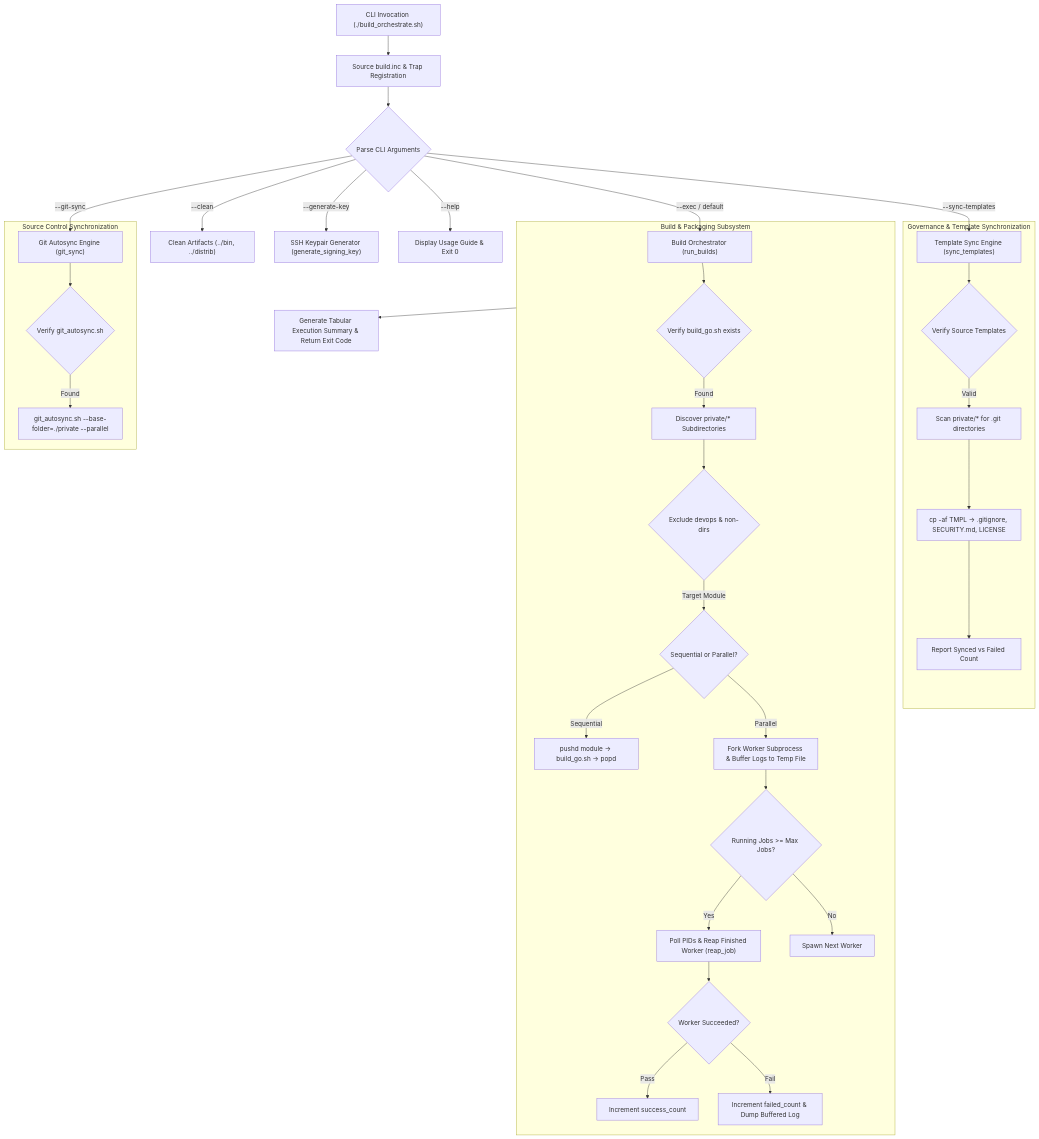
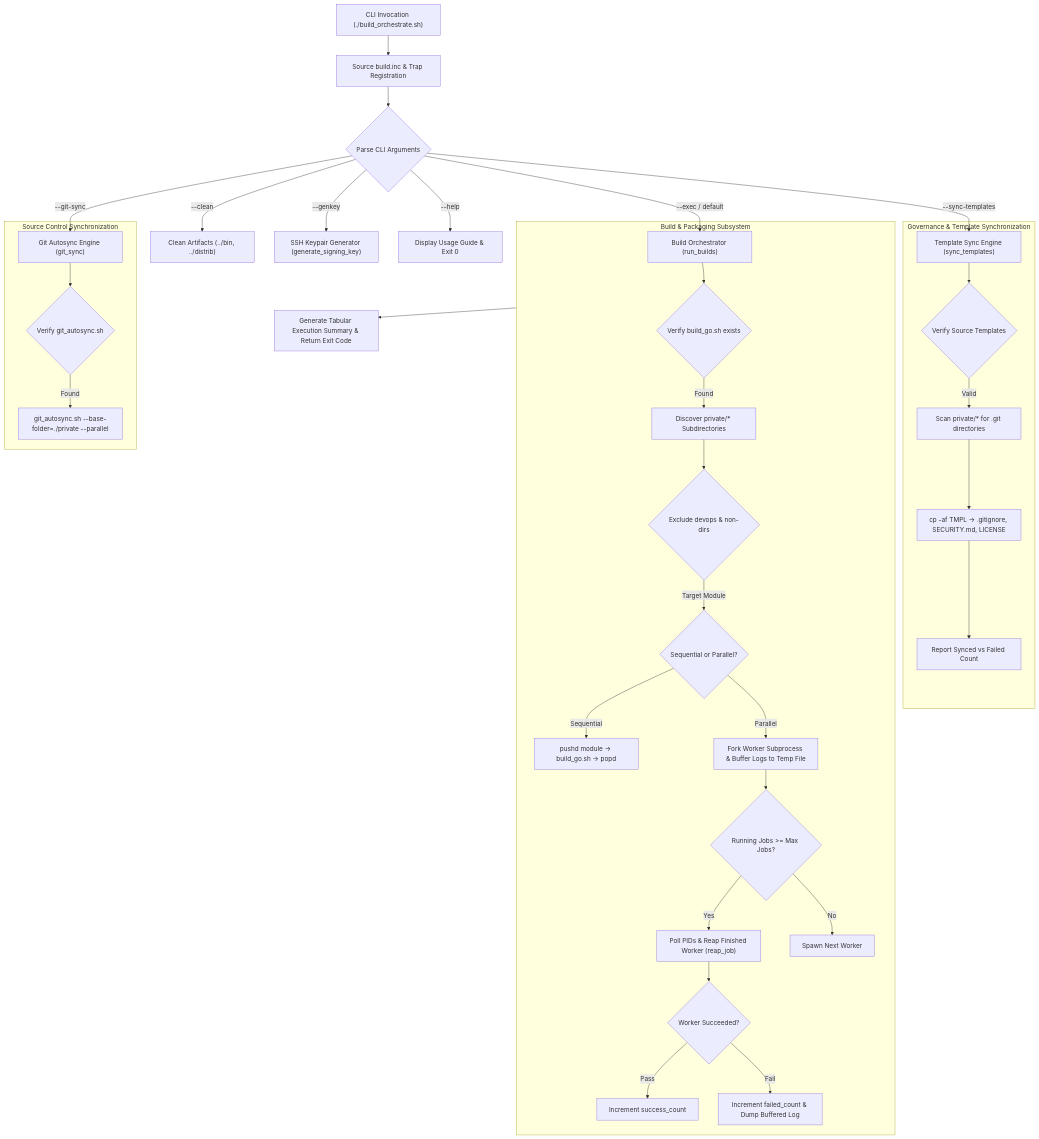
The first of 3 diagrams in build_tasks/build_orchestrate_README.md (edsilegxrepo/devops), drawn with Mermaid before and after one commit. The commit also changed other lines of this file and 5 other files, not shown here.

````diff
--- a/build_tasks/build_orchestrate_README.md
+++ b/build_tasks/build_orchestrate_README.md
@@ -49,43 +49,43 @@
 ```mermaid
 graph TD
     CLI["CLI Invocation (./build_orchestrate.sh)"] --> Sourcing["Source build.inc & Trap Registration"]
     Sourcing --> Parser{"Parse CLI Arguments"}
     
     Parser -->|--clean| CleanEngine["Clean Artifacts (../bin, ../distrib)"]
-    Parser -->|--generate-key| KeyGen["SSH Keypair Generator (generate_signing_key)"]
+    Parser -->|--genkey| KeyGen["SSH Keypair Generator (generate_signing_key)"]
     Parser -->|--sync-templates| SyncEngine["Template Sync Engine (sync_templates)"]
     Parser -->|--git-sync| GitEngine["Git Autosync Engine (git_sync)"]
     Parser -->|--exec / default| BuildEngine["Build Orchestrator (run_builds)"]
     Parser -->|--help| Help["Display Usage Guide & Exit 0"]
 
     subgraph SyncSubsystem ["Governance & Template Synchronization"]
         SyncEngine --> VerifyTmpl{"Verify Source Templates"}
         VerifyTmpl -->|Valid| ScanGit["Scan private/* for .git directories"]
         ScanGit --> Propagate["cp -af TMPL -> .gitignore, SECURITY.md, LICENSE"]
         Propagate --> SyncReport["Report Synced vs Failed Count"]
     end
 
     subgraph BuildSubsystem ["Build & Packaging Subsystem"]
         BuildEngine --> CheckCompiler{"Verify build_go.sh exists"}
         CheckCompiler -->|Found| LoopRepos["Discover private/* Subdirectories"]
         LoopRepos --> FilterExcludes{"Exclude devops & non-dirs"}
         FilterExcludes -->|Target Module| Workpool{"Sequential or Parallel?"}
         
         Workpool -->|Sequential| ExecSeq["pushd module -> build_go.sh -> popd"]
         Workpool -->|Parallel| ExecParallel["Fork Worker Subprocess & Buffer Logs to Temp File"]
         
         ExecParallel --> Throttle{"Running Jobs >= Max Jobs?"}
         Throttle -->|Yes| Reap["Poll PIDs & Reap Finished Worker (reap_job)"]
         Throttle -->|No| NextFork["Spawn Next Worker"]
         Reap --> StatusCheck{"Worker Succeeded?"}
         StatusCheck -->|Pass| OkCount["Increment success_count"]
         StatusCheck -->|Fail| FailCount["Increment failed_count & Dump Buffered Log"]
     end
 
     subgraph GitSubsystem ["Source Control Synchronization"]
         GitEngine --> CheckGitSync{"Verify git_autosync.sh"}
         CheckGitSync -->|Found| RunGitSync["git_autosync.sh --base-folder=./private --parallel"]
     end
 
     BuildSubsystem --> Summary["Generate Tabular Execution Summary & Return Exit Code"]
 ```
````
